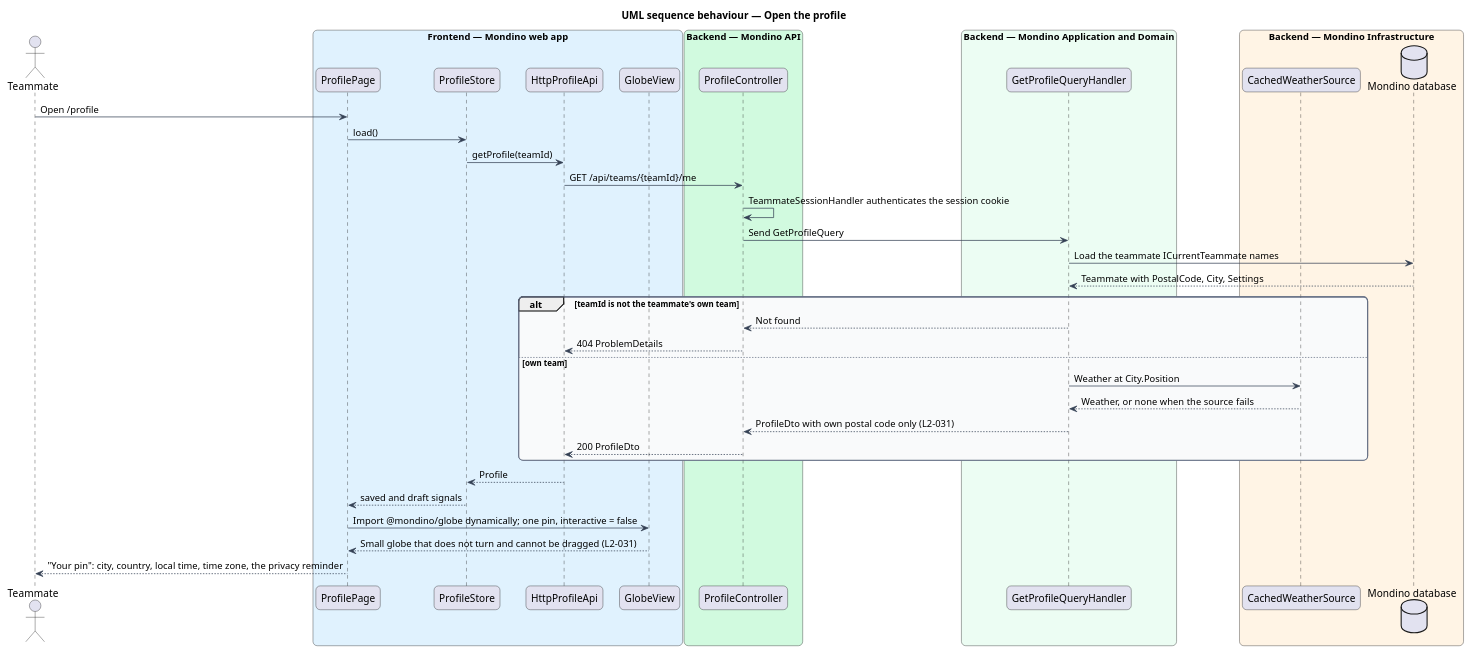
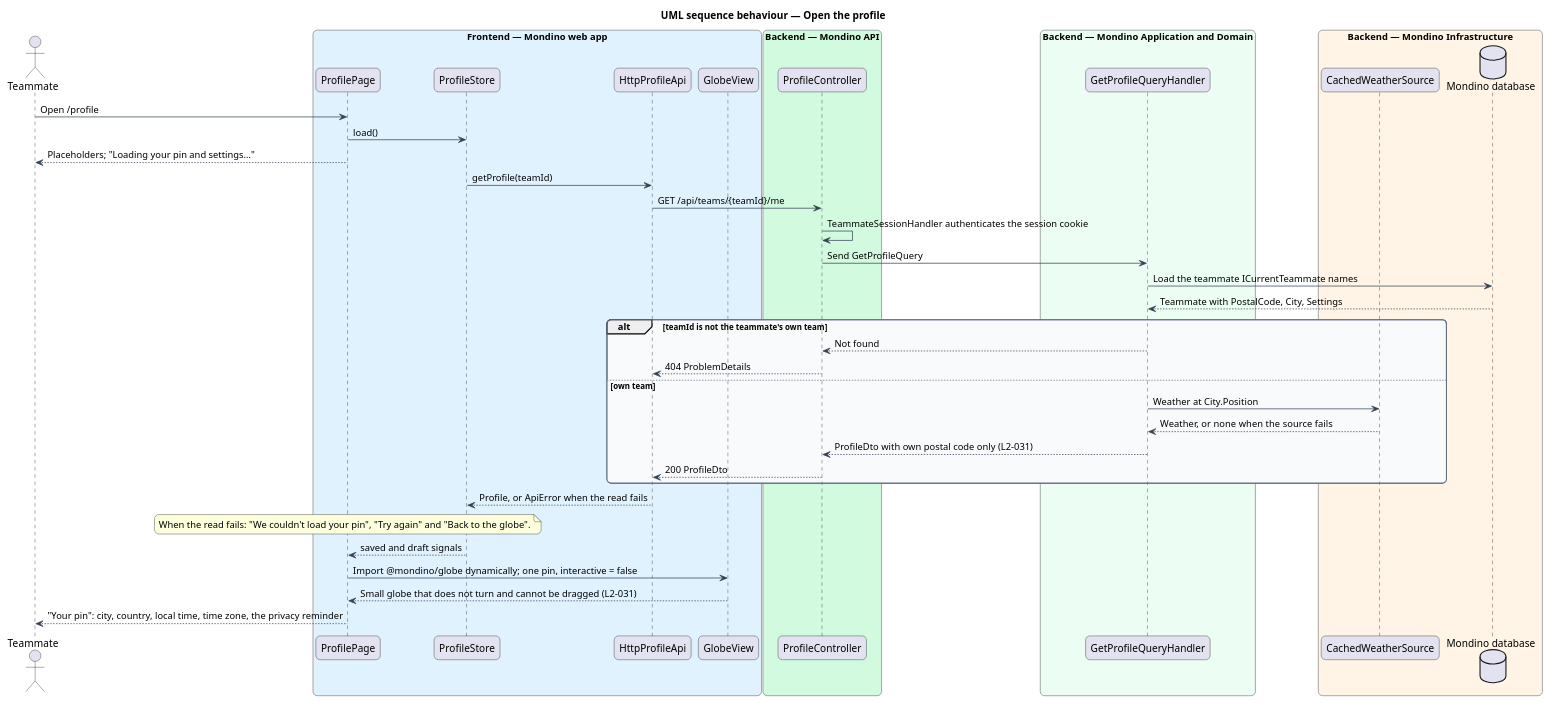
Before and after one commit to QuinntyneBrown/Mondino: the diagram in docs/detailed-designs/profile/change-location/diagrams/sequence-open-profile.puml, drawn with PlantUML. The commit also changed 21 other files, not shown here.

```diff
--- a/docs/detailed-designs/profile/change-location/diagrams/sequence-open-profile.puml
+++ b/docs/detailed-designs/profile/change-location/diagrams/sequence-open-profile.puml
@@ -1,56 +1,58 @@
 @startuml
 title UML sequence behaviour — Open the profile
 skinparam backgroundColor #FFFFFF
 skinparam shadowing false
 skinparam roundcorner 12
 skinparam defaultFontName Arial
 skinparam ArrowColor #344054
 skinparam rectangle {
   BorderColor #344054
   FontColor #101828
 }
 skinparam package {
   BorderColor #667085
   FontColor #101828
   BackgroundColor #F9FAFB
 }
 actor "Teammate" as actor
 box "Frontend — Mondino web app" #E0F2FE
   participant "ProfilePage" as page
   participant "ProfileStore" as store
   participant "HttpProfileApi" as client
   participant "GlobeView" as globe
 end box
 box "Backend — Mondino API" #D1FADF
   participant "ProfileController" as controller
 end box
 box "Backend — Mondino Application and Domain" #ECFDF3
   participant "GetProfileQueryHandler" as handler
 end box
 box "Backend — Mondino Infrastructure" #FFF4E5
   participant "CachedWeatherSource" as weather
   database "Mondino database" as db
 end box
 actor -> page : Open /profile
 page -> store : load()
+page --> actor : Placeholders; "Loading your pin and settings…"
 store -> client : getProfile(teamId)
 client -> controller : GET /api/teams/{teamId}/me
 controller -> controller : TeammateSessionHandler authenticates the session cookie
 controller -> handler : Send GetProfileQuery
 handler -> db : Load the teammate ICurrentTeammate names
 db --> handler : Teammate with PostalCode, City, Settings
 alt teamId is not the teammate's own team
   handler --> controller : Not found
   controller --> client : 404 ProblemDetails
 else own team
   handler -> weather : Weather at City.Position
   weather --> handler : Weather, or none when the source fails
   handler --> controller : ProfileDto with own postal code only (L2-031)
   controller --> client : 200 ProfileDto
 end
-client --> store : Profile
+client --> store : Profile, or ApiError when the read fails
+note over page : When the read fails: "We couldn't load your pin", "Try again" and "Back to the globe".
 store --> page : saved and draft signals
 page -> globe : Import @mondino/globe dynamically; one pin, interactive = false
 globe --> page : Small globe that does not turn and cannot be dragged (L2-031)
 page --> actor : "Your pin": city, country, local time, time zone, the privacy reminder
 @enduml
```
